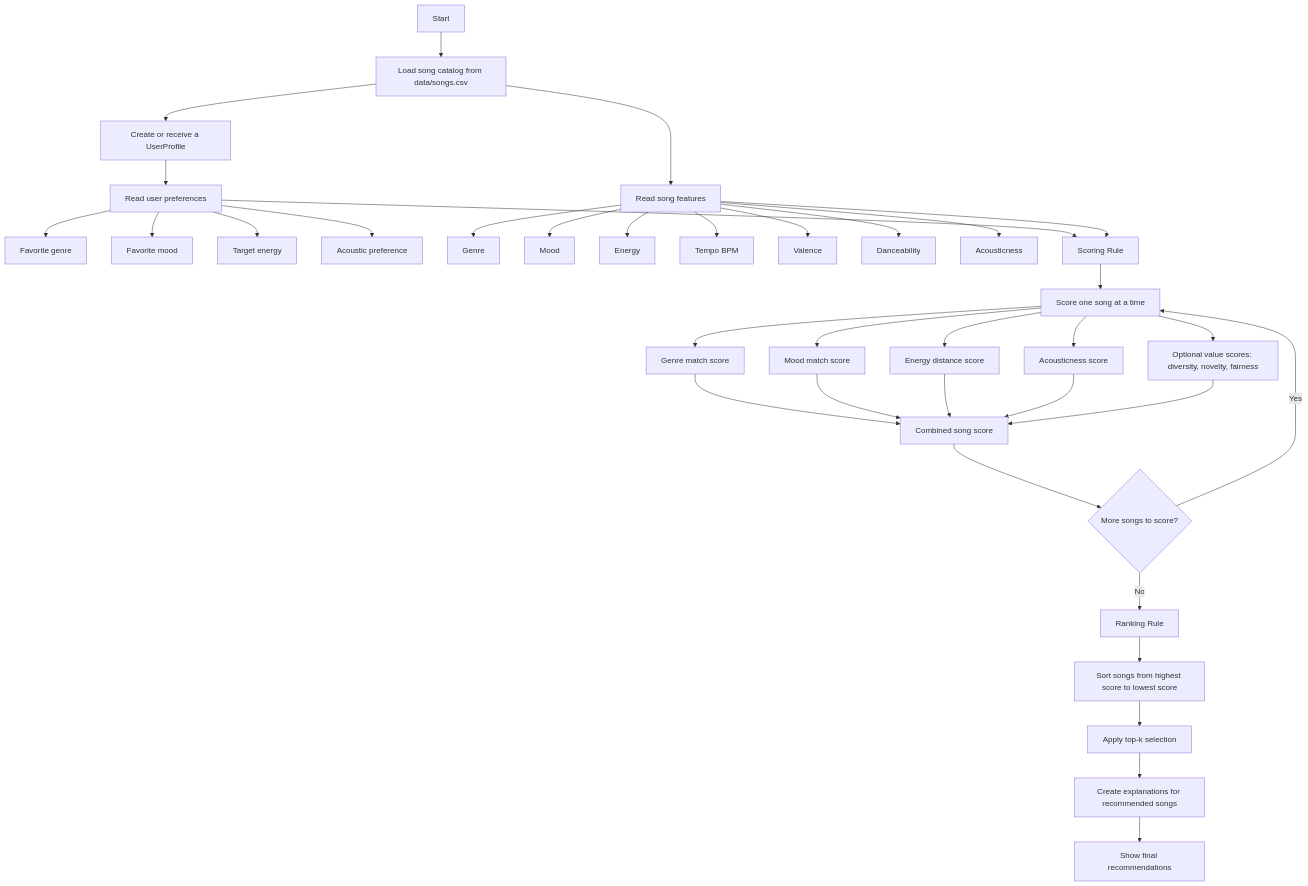
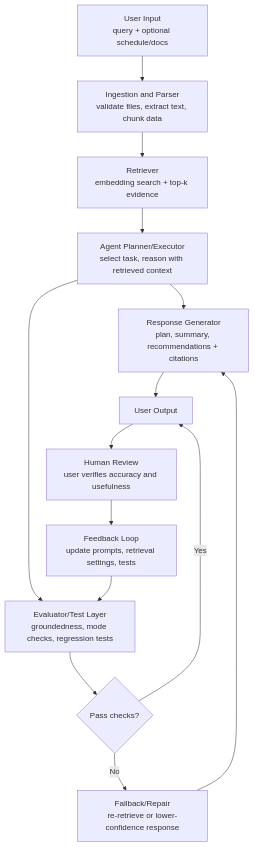
The diagram in README.md (nhatminh-07/codepath_ai101_final_project), drawn with Mermaid before and after one commit. The commit also changed other lines of this file and 4 other files, not shown here.

````diff
--- a/README.md
+++ b/README.md
@@ -154,45 +41,18 @@
 ```mermaid
 flowchart TD
-    A[Start] --> B[Load song catalog from data/songs.csv]
-    B --> C[Create or receive a UserProfile]
+  A[User Input\nquery + optional schedule/docs] --> B[Ingestion and Parser\nvalidate files, extract text, chunk data]
+  B --> C[Retriever\nembedding search + top-k evidence]
+  C --> D[Agent Planner/Executor\nselect task, reason with retrieved context]
+  D --> E[Response Generator\nplan, summary, recommendations + citations]
+  E --> F[User Output]
 
-    C --> D[Read user preferences]
-    D --> D1[Favorite genre]
-    D --> D2[Favorite mood]
-    D --> D3[Target energy]
-    D --> D4[Acoustic preference]
+  D --> G[Evaluator/Test Layer\ngroundedness, mode checks, regression tests]
+  G --> H{Pass checks?}
+  H -- Yes --> F
+  H -- No --> I[Fallback/Repair\nre-retrieve or lower-confidence response]
+  I --> E
 
-    B --> E[Read song features]
-    E --> E1[Genre]
-    E --> E2[Mood]
-    E --> E3[Energy]
-    E --> E4[Tempo BPM]
-    E --> E5[Valence]
-    E --> E6[Danceability]
-    E --> E7[Acousticness]
-
-    D --> F[Scoring Rule]
-    E --> F
-
-    F --> G[Score one song at a time]
-    G --> G1[Genre match score]
-    G --> G2[Mood match score]
-    G --> G3[Energy distance score]
-    G --> G4[Acousticness score]
-    G --> G5[Optional value scores: diversity, novelty, fairness]
-
-    G1 --> H[Combined song score]
-    G2 --> H
-    G3 --> H
-    G4 --> H
-    G5 --> H
-
-    H --> I{More songs to score?}
-    I -- Yes --> G
-    I -- No --> J[Ranking Rule]
-
-    J --> K[Sort songs from highest score to lowest score]
-    K --> L[Apply top-k selection]
-    L --> M[Create explanations for recommended songs]
-    M --> N[Show final recommendations]
+  F --> J[Human Review\nuser verifies accuracy and usefulness]
+  J --> K[Feedback Loop\nupdate prompts, retrieval settings, tests]
+  K --> G
 ```
````
